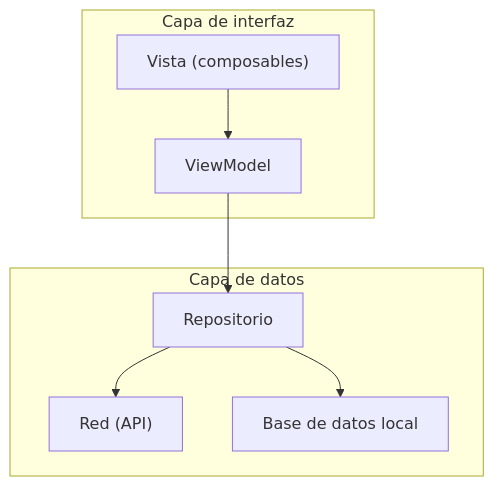
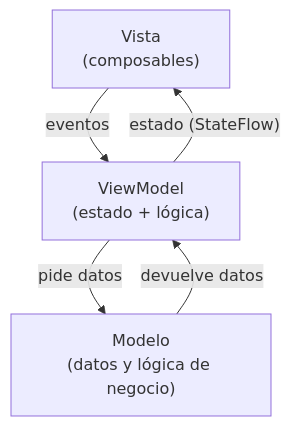
The diagram in docs/content/part07/chapter34.md (jmcandia/android-kotlin-desde-cero), drawn with Mermaid before and after one commit. The commit also changed other lines of this file and 36 other files, not shown here.

````diff
--- a/docs/content/part07/chapter34.md
+++ b/docs/content/part07/chapter34.md
@@ -54,16 +29,7 @@
 ```mermaid
-flowchart TD
-    subgraph UI["Capa de interfaz"]
-        V["Vista (composables)"]
-        VM["ViewModel"]
-    end
-    subgraph Datos["Capa de datos"]
-        R["Repositorio"]
-        API["Red (API)"]
-        DB["Base de datos local"]
-    end
-    V --> VM
-    VM --> R
-    R --> API
-    R --> DB
+flowchart TB
+    V["Vista<br/>(composables)"] -- "eventos" --> VM["ViewModel<br/>(estado + lógica)"]
+    VM -- "estado (StateFlow)" --> V
+    VM -- "pide datos" --> M["Modelo<br/>(datos y lógica de negocio)"]
+    M -- "devuelve datos" --> VM
 ```
````
